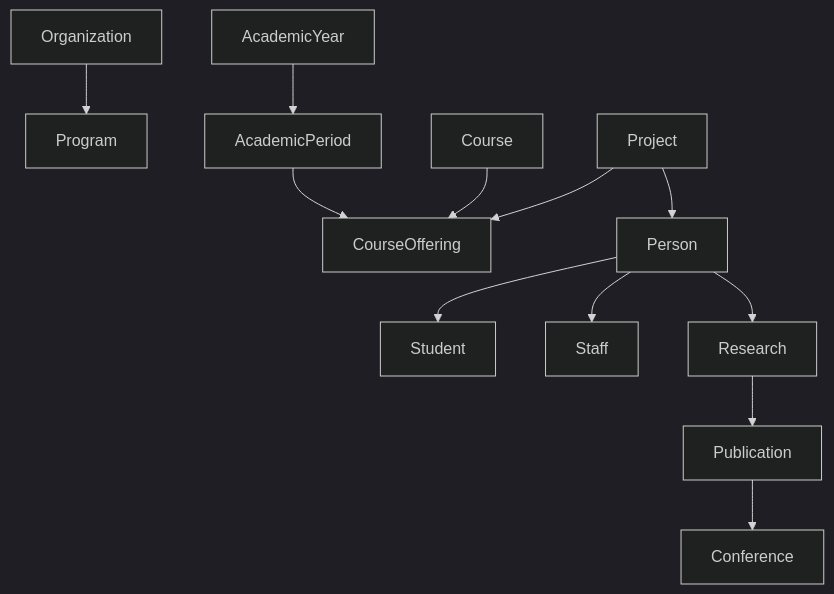
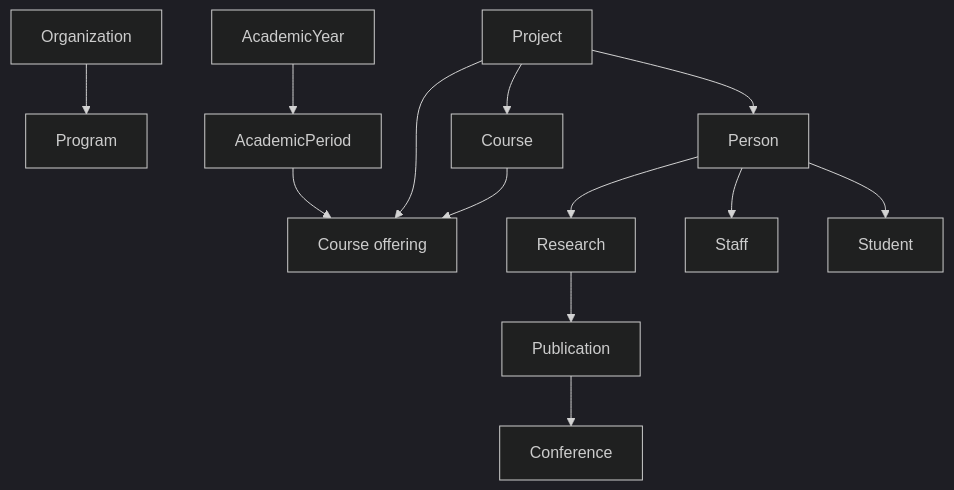
Before and after one commit to shamilaw-sci/CSC3213_20_Group_B: the first of 2 diagrams in docs/SCHEMAS.md, drawn with Mermaid (dark theme). The commit also changed other lines of this file and 16 other files, not shown here.

````diff
--- a/docs/SCHEMAS.md
+++ b/docs/SCHEMAS.md
@@ -28,14 +42,15 @@
 ```mermaid
 flowchart TD
   Organization --> Program
   AcademicYear --> AcademicPeriod
-  AcademicPeriod --> CourseOffering
-  Course --> CourseOffering
+  Course --> Offering[Course offering]
+  AcademicPeriod --> Offering
   Person --> Student
   Person --> Staff
-  Project --> Person
-  Project --> CourseOffering
   Person --> Research
   Research --> Publication
   Publication --> Conference
+  Project --> Person
+  Project --> Course
+  Project --> Offering
 ```
````
